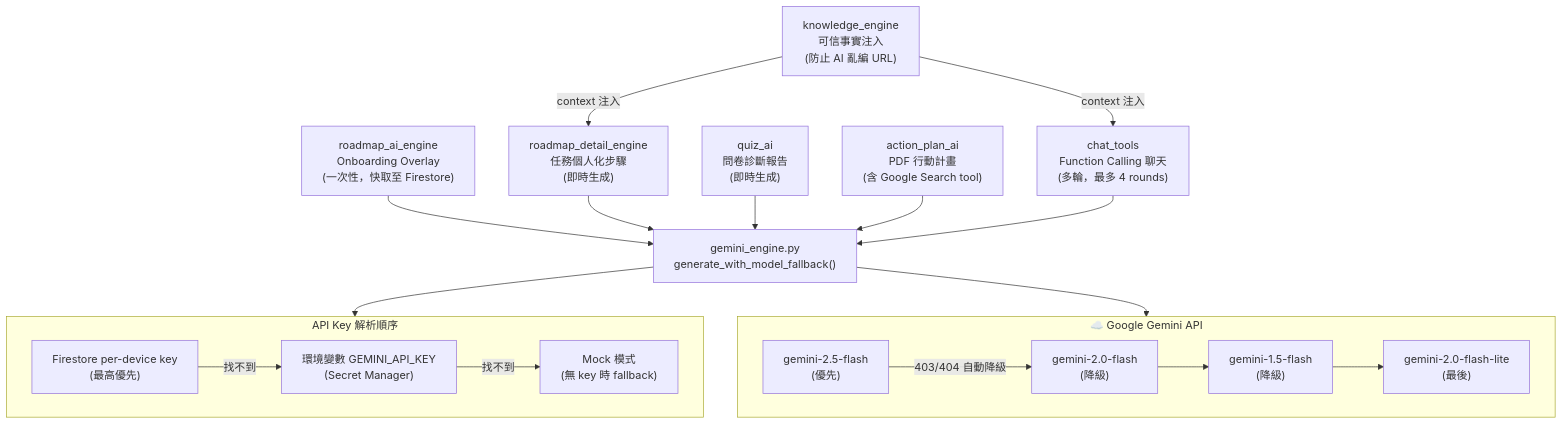
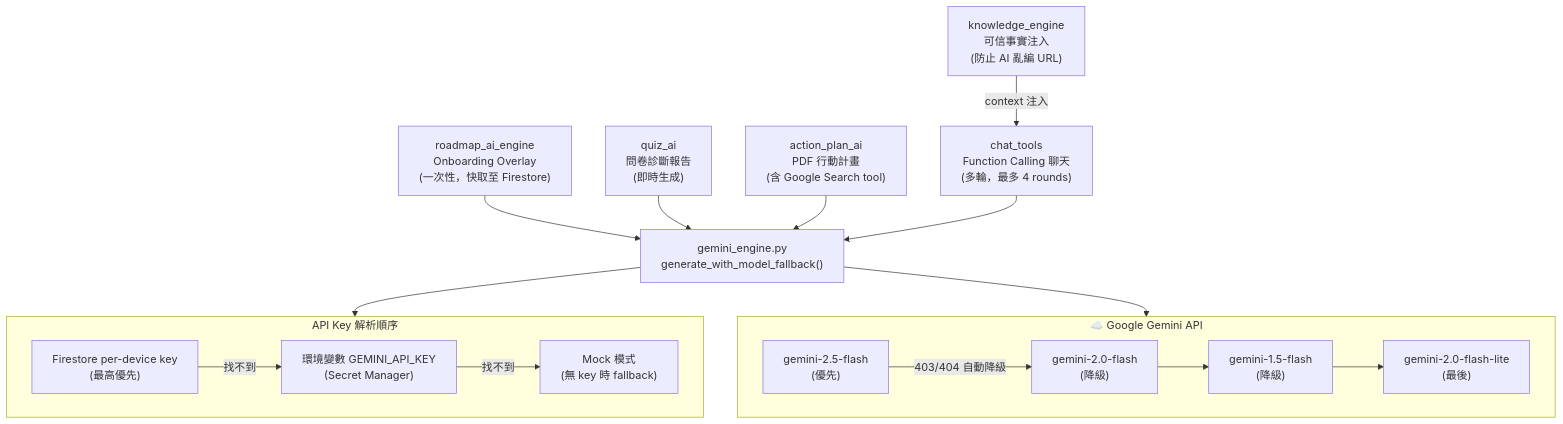
Before and after one commit to faetstoree/HARU: the fifth of 6 diagrams in ARCHITECTURE_ZH.md, drawn with Mermaid. The commit also changed other lines of this file, not shown here.

First line of the commit message:
docs: fix ARCHITECTURE_ZH.md — full accuracy audit

````diff
--- a/ARCHITECTURE_ZH.md
+++ b/ARCHITECTURE_ZH.md
@@ -226,32 +236,30 @@
 ```mermaid
 graph TB
     subgraph Gemini_API["☁️ Google Gemini API"]
         M1["gemini-2.5-flash<br/>(優先)"]
         M2["gemini-2.0-flash<br/>(降級)"]
         M3["gemini-1.5-flash<br/>(降級)"]
         M4["gemini-2.0-flash-lite<br/>(最後)"]
         M1 -->|"403/404 自動降級"| M2
         M2 --> M3
         M3 --> M4
     end
 
     subgraph Key_Resolution["API Key 解析順序"]
         K1["Firestore per-device key<br/>(最高優先)"]
         K2["環境變數 GEMINI_API_KEY<br/>(Secret Manager)"]
         K3["Mock 模式<br/>(無 key 時 fallback)"]
         K1 -->|"找不到"| K2
         K2 -->|"找不到"| K3
     end
 
     GEMINI_ENGINE["gemini_engine.py<br/>generate_with_model_fallback()"]
     GEMINI_ENGINE --> Key_Resolution
     GEMINI_ENGINE --> Gemini_API
 
     ROADMAP_AI["roadmap_ai_engine<br/>Onboarding Overlay<br/>(一次性，快取至 Firestore)"] --> GEMINI_ENGINE
-    DETAIL_AI["roadmap_detail_engine<br/>任務個人化步驟<br/>(即時生成)"] --> GEMINI_ENGINE
     QUIZ_AI["quiz_ai<br/>問卷診斷報告<br/>(即時生成)"] --> GEMINI_ENGINE
     ACTION_AI["action_plan_ai<br/>PDF 行動計畫<br/>(含 Google Search tool)"] --> GEMINI_ENGINE
     CHAT_TOOLS["chat_tools<br/>Function Calling 聊天<br/>(多輪，最多 4 rounds)"] --> GEMINI_ENGINE
-    KNOWLEDGE["knowledge_engine<br/>可信事實注入<br/>(防止 AI 亂編 URL)"] -->|"context 注入"| DETAIL_AI
-    KNOWLEDGE -->|"context 注入"| CHAT_TOOLS
+    KNOWLEDGE["knowledge_engine<br/>可信事實注入<br/>(防止 AI 亂編 URL)"] -->|"context 注入"| CHAT_TOOLS
 ```
````
